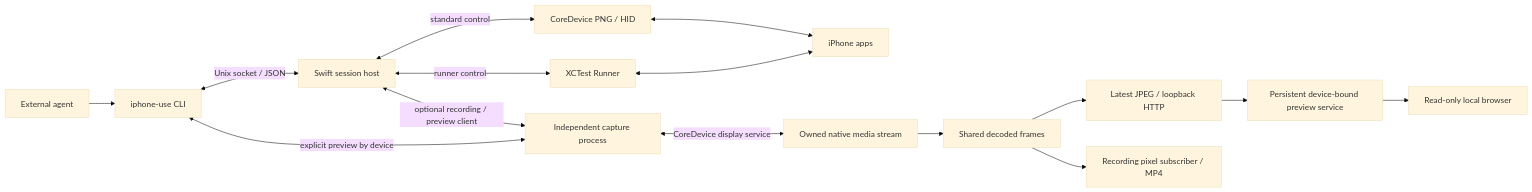
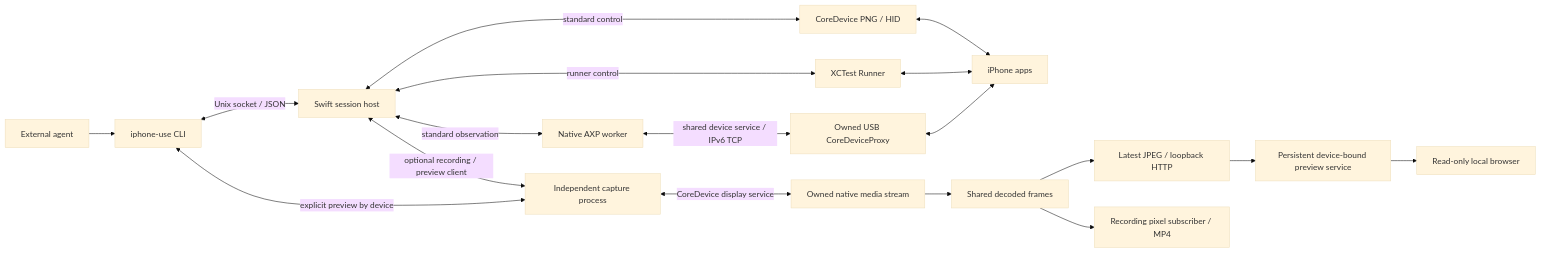
One commit to hughlee824/iphone-use changed the diagram in docs/architecture.md. Above: the diagram before and after it, drawn with Mermaid (base theme). The commit also changed other lines of this file and 196 other files, not shown here.

First line of the commit message:
feat(native): add session-owned AX observations to standard mode (#63)

````diff
--- a/docs/architecture.md
+++ b/docs/architecture.md
@@ -9,17 +9,20 @@
 ```mermaid
 flowchart LR
     Agent[External agent] --> CLI[iphone-use CLI]
     CLI <-->|Unix socket / JSON| Host[Swift session host]
     Host <-->|standard control| Native[CoreDevice PNG / HID]
     Host <-->|runner control| Runner[XCTest Runner]
-    Native <--> Apps[iPhone apps]
+    Host <-->|standard observation| AXP[Native AXP worker]
+    AXP <-->|shared device service / IPv6 TCP| USB[Owned USB CoreDeviceProxy]
+    USB <--> Apps[iPhone apps]
+    Native <--> Apps
     Runner <--> Apps
     CLI <-->|explicit preview by device| Capture[Independent capture process]
     Host <-->|optional recording / preview client| Capture
     Capture <-->|CoreDevice display service| Media[Owned native media stream]
     Media --> Decode[Shared decoded frames]
     Decode --> Preview[Latest JPEG / loopback HTTP]
     Preview --> Service[Persistent device-bound preview service]
     Service --> Browser[Read-only local browser]
     Decode --> Recording[Recording pixel subscriber / MP4]
 ```
````
